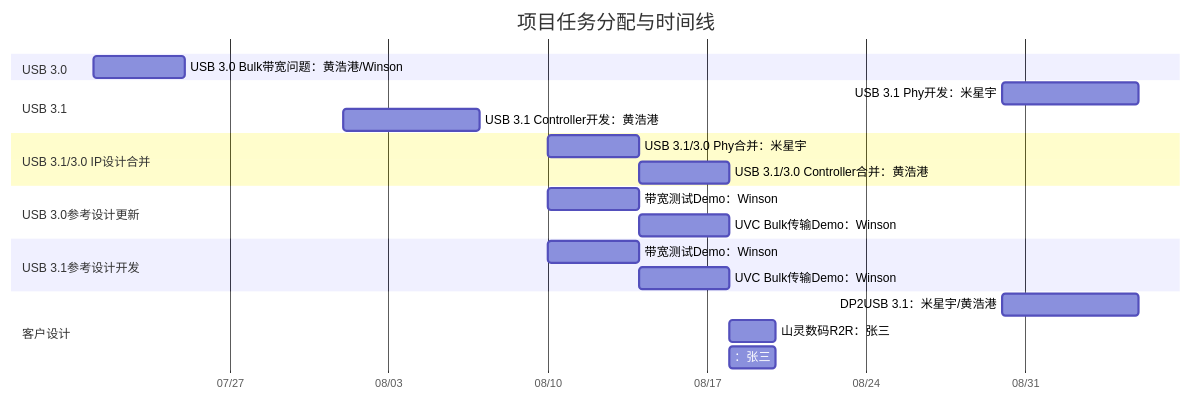
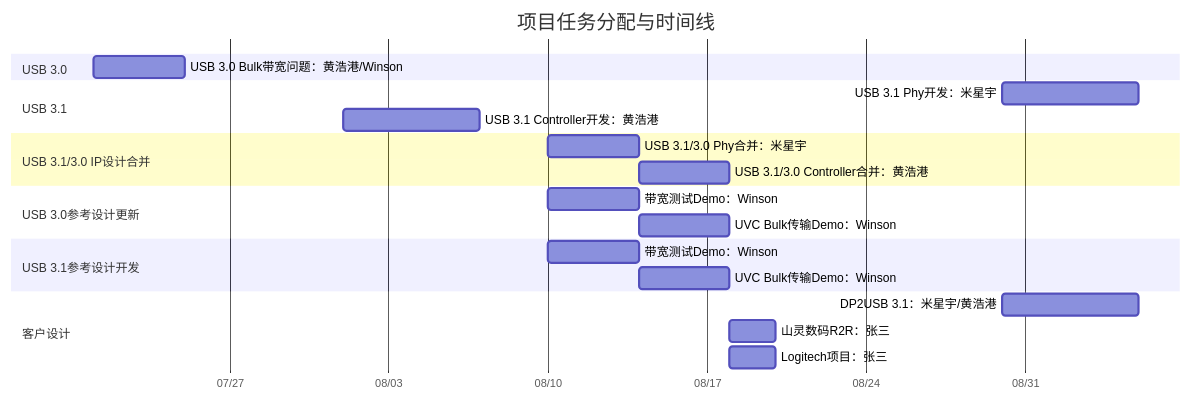
One commit to winsonbook/iodraw-files changed the diagram in all/未命名.md. Above: the diagram before and after it, drawn with Mermaid.

Commit message:
2025-07-21 10:06:07 update

````diff
--- a/all/未命名.md
+++ b/all/未命名.md
@@ -1,34 +1,34 @@
 ```mermaid
 gantt
     title 项目任务分配与时间线
     dateFormat  YYYY-MM-DD
     axisFormat  %m/%d
 
     section USB 3.0
     USB 3.0 Bulk带宽问题：黄浩港/Winson   :    task1, 2025-07-21, 4d
 
     section USB 3.1
     USB 3.1 Phy开发：米星宇      :         task2, 2025-08-30, 6d
     USB 3.1 Controller开发：黄浩港      :  task3, 2025-08-01, 6d
 
     section Meta项目
 
 
     section USB 3.1/3.0 IP设计合并
     USB 3.1/3.0 Phy合并：米星宇       :    task5, 2025-08-10, 4d
     USB 3.1/3.0 Controller合并：黄浩港:    task6, 2025-08-14, 4d
 
     section USB 3.0参考设计更新
     带宽测试Demo：Winson       :         task7, 2025-08-10, 4d
     UVC Bulk传输Demo：Winson   :        task8, 2025-08-14, 4d
 
     section USB 3.1参考设计开发
     带宽测试Demo：Winson       :         task9, 2025-08-10, 4d
     UVC Bulk传输Demo：Winson   :         task19, 2025-08-14, 4d
 
     section 客户设计
     DP2USB 3.1：米星宇/黄浩港      :         task4, 2025-08-30, 6d
     山灵数码R2R：张三 :         task8, 2025-08-18, 2d
-    ：张三 :         task8, 2025-08-18, 2d
+    Logitech项目：张三 :         task8, 2025-08-18, 2d
 
 ```
````
